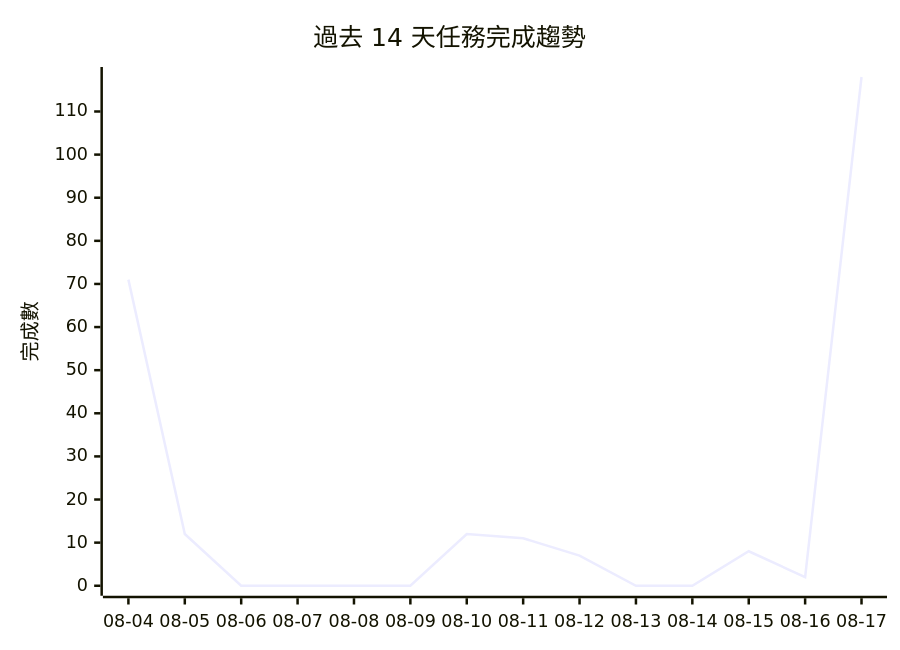
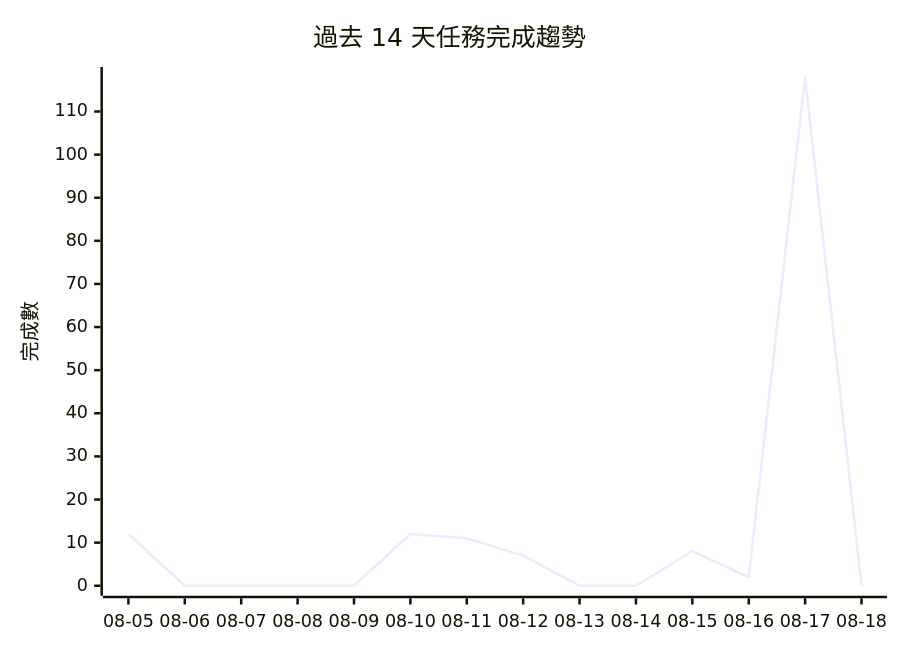
One commit to gentoobreaking/ai-tasks changed the diagram in PROJECTS.md. Above: the diagram before and after it, drawn with Mermaid. The commit also changed other lines of this file and 96 other files, not shown here.

````diff
--- a/PROJECTS.md
+++ b/PROJECTS.md
@@ -123,7 +149,7 @@
 ```mermaid
 xychart-beta
     title "過去 14 天任務完成趨勢"
-    x-axis ["08-04", "08-05", "08-06", "08-07", "08-08", "08-09", "08-10", "08-11", "08-12", "08-13", "08-14", "08-15", "08-16", "08-17"]
+    x-axis ["08-05", "08-06", "08-07", "08-08", "08-09", "08-10", "08-11", "08-12", "08-13", "08-14", "08-15", "08-16", "08-17", "08-18"]
     y-axis "完成數" 0 --> 118
-    line [71, 12, 0, 0, 0, 0, 12, 11, 7, 0, 0, 8, 2, 118]
+    line [12, 0, 0, 0, 0, 12, 11, 7, 0, 0, 8, 2, 118, 0]
 ```
````
